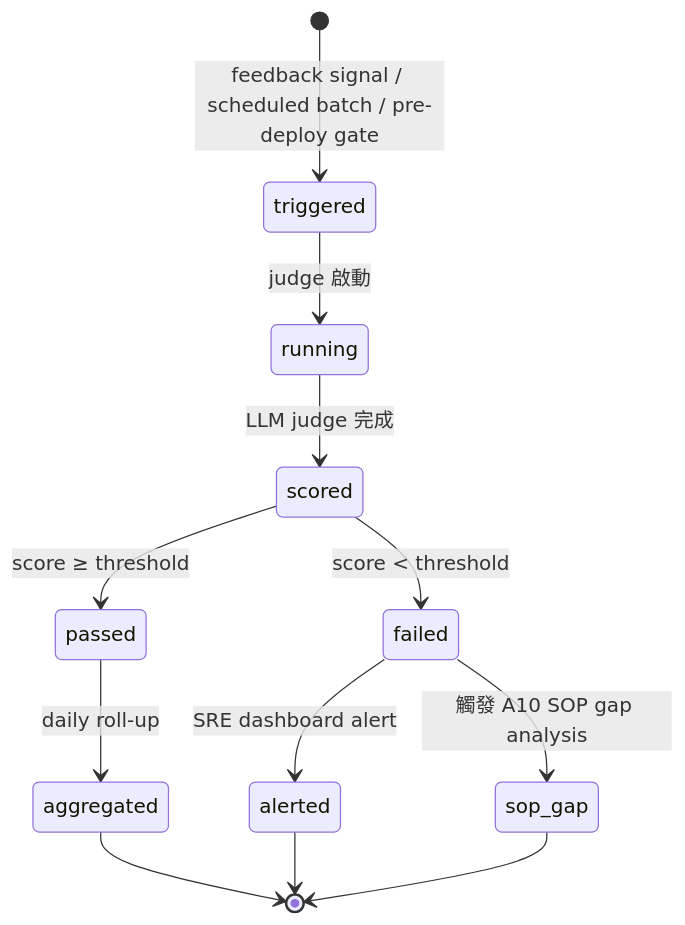
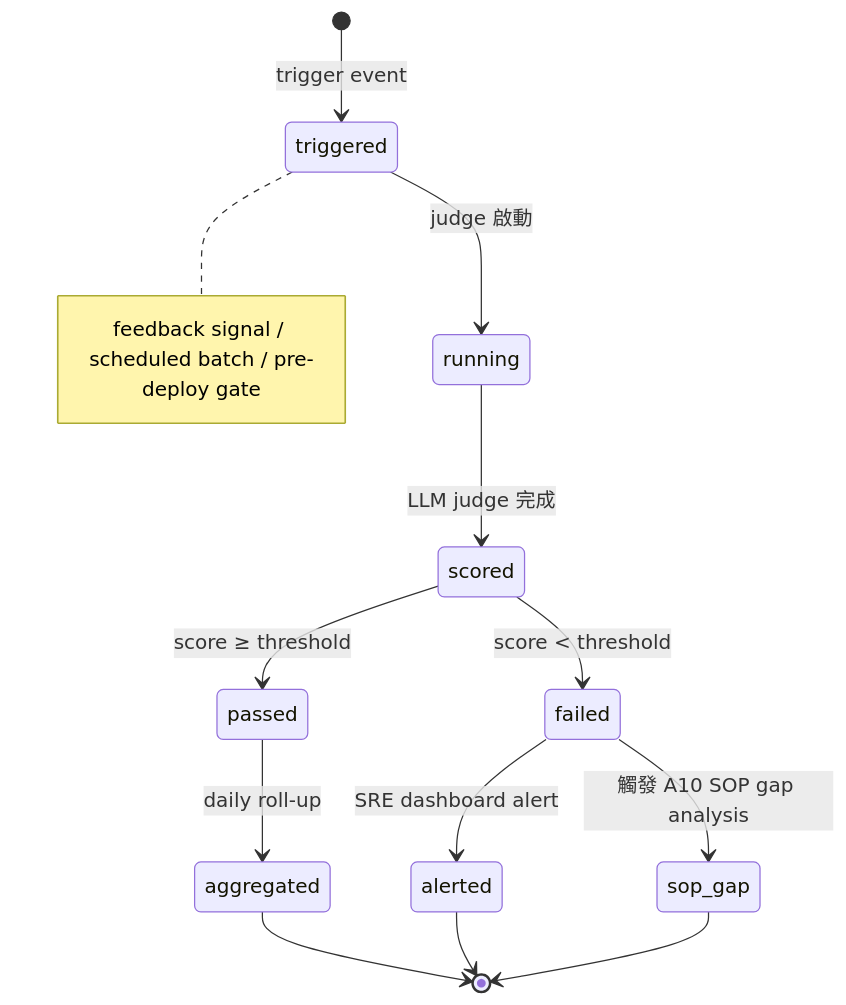
One commit to Zenobia000/chatlock_dev_docs changed the second of 3 diagrams in docs/ux/by-module/A09-eval-flow.md. Above: the diagram before and after it, drawn with Mermaid. The commit also changed 115 other files, not shown here.

````diff
--- a/docs/ux/by-module/A09-eval-flow.md
+++ b/docs/ux/by-module/A09-eval-flow.md
@@ -61,14 +61,15 @@
 ```mermaid
 stateDiagram-v2
-    [*] --> triggered : feedback signal / scheduled batch / pre-deploy gate
+    [*] --> triggered : trigger event
+    note right of triggered : feedback signal / scheduled batch / pre-deploy gate
     triggered --> running : judge 啟動
     running --> scored : LLM judge 完成
     scored --> passed : score ≥ threshold
     scored --> failed : score < threshold
     failed --> alerted : SRE dashboard alert
     failed --> sop_gap : 觸發 A10 SOP gap analysis
     passed --> aggregated : daily roll-up
     aggregated --> [*]
     alerted --> [*]
     sop_gap --> [*]
 ```
````
